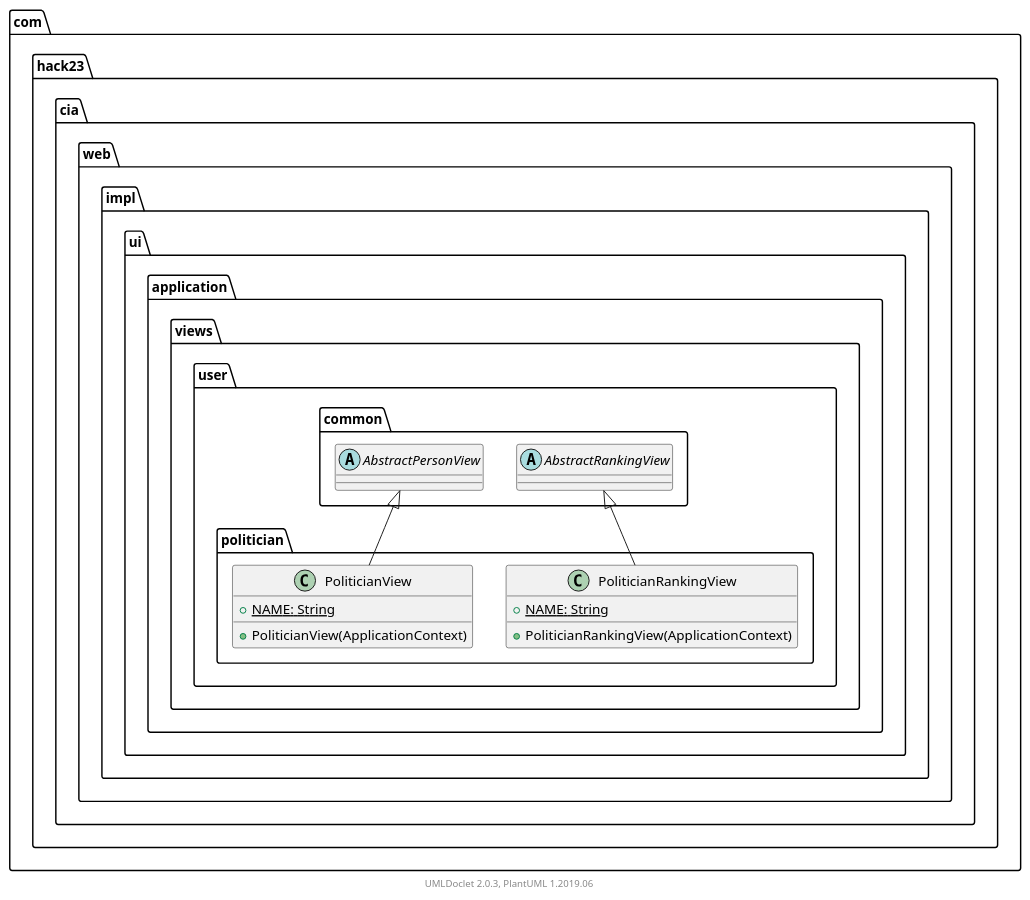
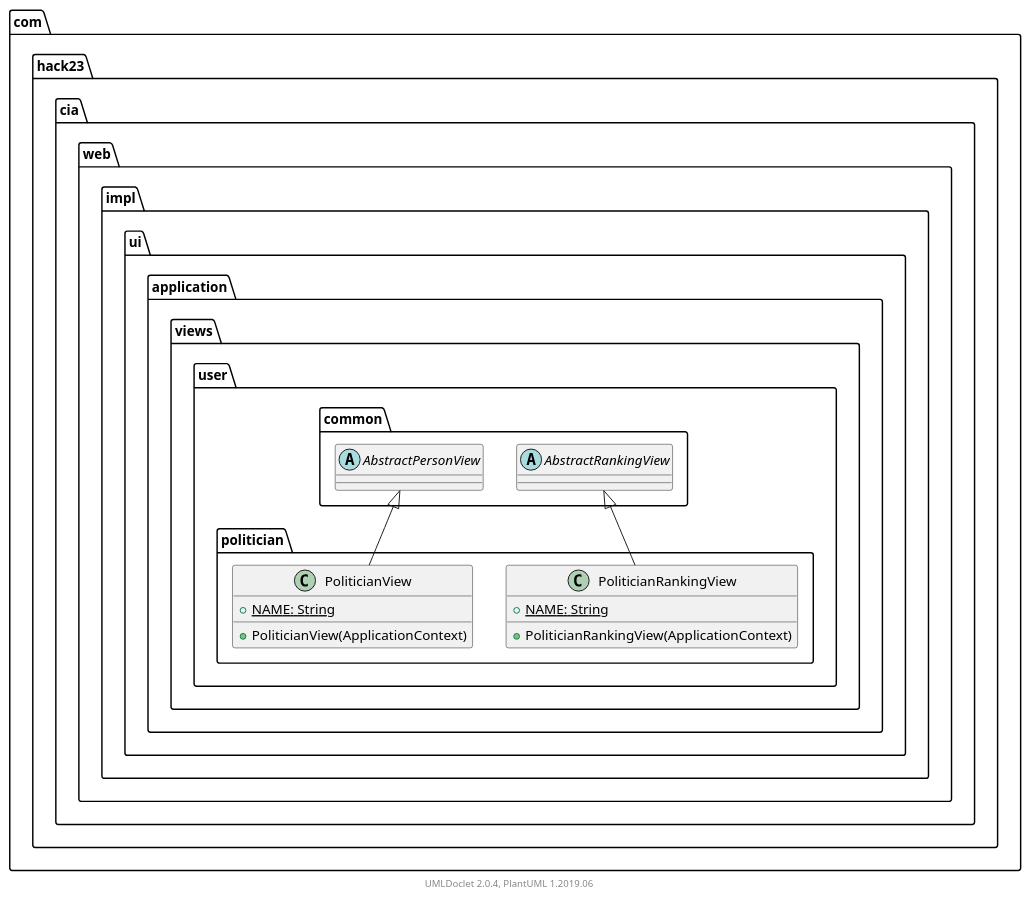
One commit to Hack23/cia changed the diagram in apidocs/com/hack23/cia/web/impl/ui/application/views/user/politician/package.puml. Above: the diagram before and after it, drawn with PlantUML. The commit also changed 6183 other files, not shown here.

```diff
--- a/apidocs/com/hack23/cia/web/impl/ui/application/views/user/politician/package.puml
+++ b/apidocs/com/hack23/cia/web/impl/ui/application/views/user/politician/package.puml
@@ -1,26 +1,26 @@
 @startuml
     namespace com.hack23.cia.web.impl.ui.application.views.user.politician {
 
         class PoliticianRankingView [[PoliticianRankingView.html]] {
             {static} +NAME: String
             +PoliticianRankingView(ApplicationContext)
         }
 
         class PoliticianView [[PoliticianView.html]] {
             {static} +NAME: String
             +PoliticianView(ApplicationContext)
         }
 
         com.hack23.cia.web.impl.ui.application.views.user.common.AbstractRankingView <|-- PoliticianRankingView
         com.hack23.cia.web.impl.ui.application.views.user.common.AbstractPersonView <|-- PoliticianView
     }
 
     namespace com.hack23.cia.web.impl.ui.application.views.user.common {
         abstract class AbstractRankingView [[../common/AbstractRankingView.html]] {
         }
         abstract class AbstractPersonView [[../common/AbstractPersonView.html]] {
         }
     }
 
-    center footer UMLDoclet 2.0.3, PlantUML 1.2019.06
+    center footer UMLDoclet 2.0.4, PlantUML 1.2019.06
 @enduml
```
